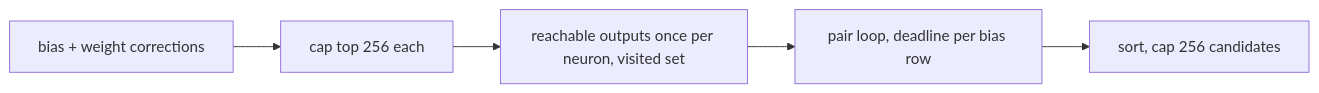
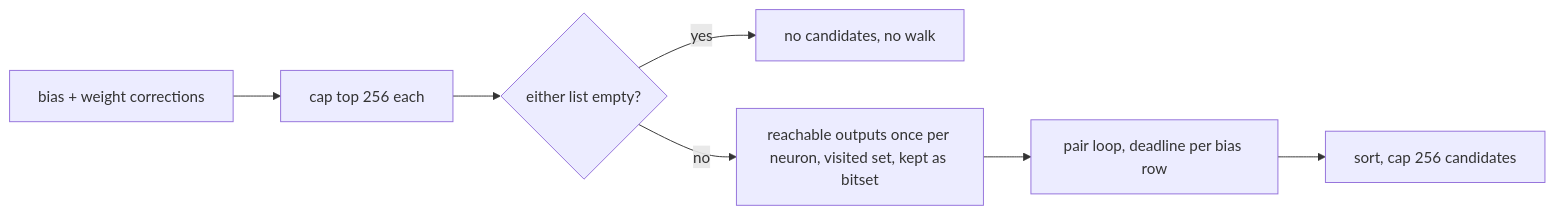
Before and after one commit to stSoftwareAU/NEAT-AI-Discovery: the diagram in docs/archive/pr-summaries/pr-summary-2367.md, drawn with Mermaid. The commit also changed other lines of this file and 3 other files, not shown here.

First line of the commit message:
Allocate each #2367 output bitset once and record it in the chunk 8a ledger (PR #2430)

````diff
--- a/docs/archive/pr-summaries/pr-summary-2367.md
+++ b/docs/archive/pr-summaries/pr-summary-2367.md
@@ -33,7 +35,9 @@
 ```mermaid
 flowchart LR
     A[bias + weight corrections] --> B[cap top 256 each]
-    B --> C[reachable outputs once per neuron, visited set]
+    B --> S{either list empty?}
+    S -- yes --> X[no candidates, no walk]
+    S -- no --> C[reachable outputs once per neuron, visited set, kept as bitset]
     C --> D[pair loop, deadline per bias row]
     D --> E[sort, cap 256 candidates]
 ```
````
